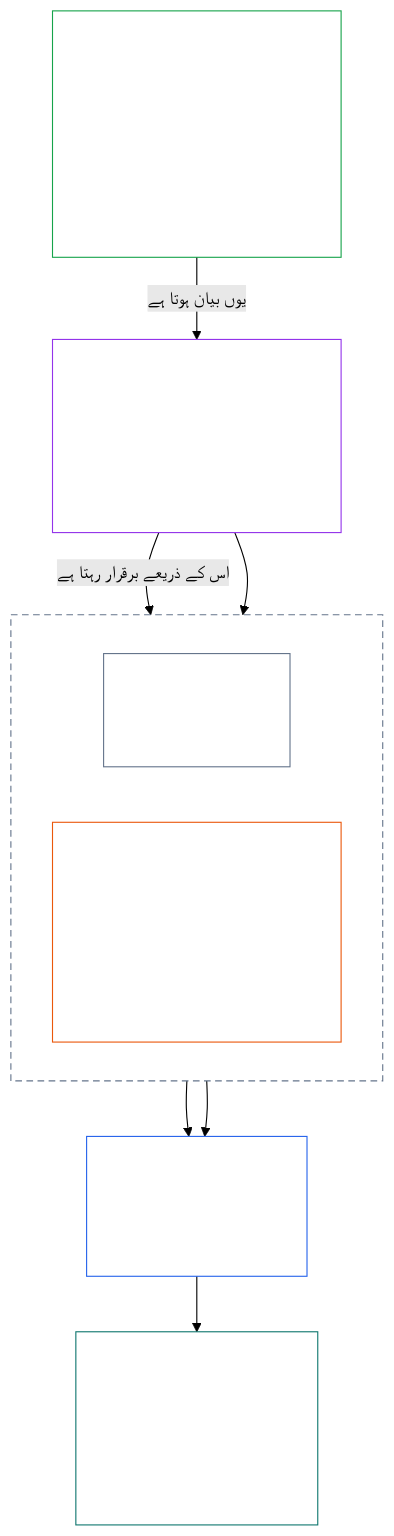
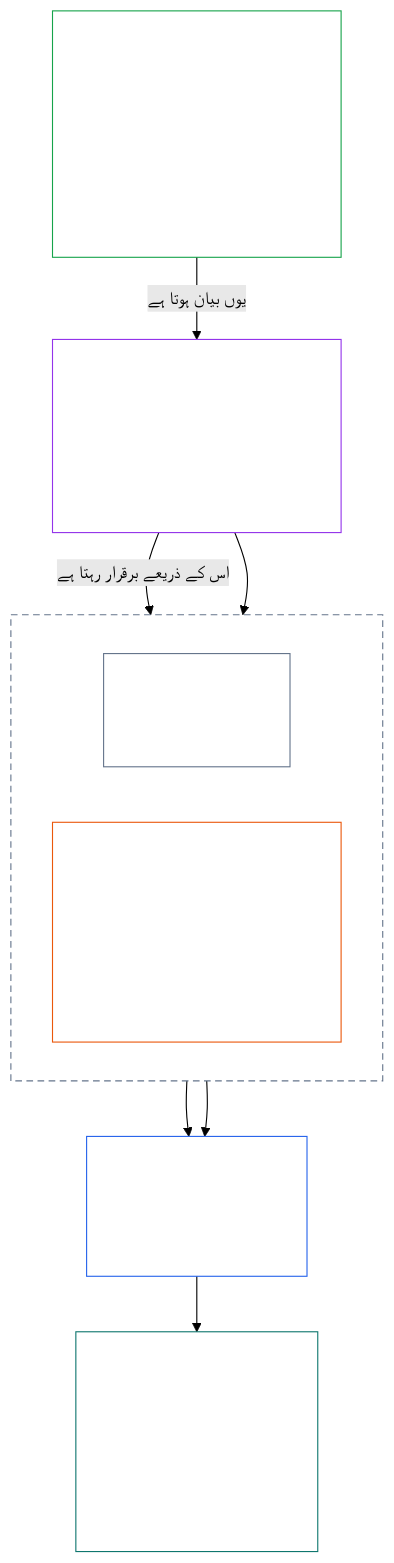
Before and after one commit to kfoelsch/Sentient_Constitution: the second of 3 diagrams in translations/ur/core_01_a_values_principles.md, drawn with Mermaid (forest theme). The commit also changed other lines of this file and 459 other files, not shown here.

````diff
--- a/translations/ur/core_01_a_values_principles.md
+++ b/translations/ur/core_01_a_values_principles.md
@@ -200,25 +200,25 @@
 ```mermaid
 flowchart TB
     F["خوشحالی کا مقصد<br/><br/>• سچائی، سلامتی، قابلِ اعتماد ہونے،<br/>اور بامعنی اختیار کے ذریعے برقرار ذی شعور ہستیوں کی فلاح و بہبود<br/>• ہمیشہ حقوق کی کم از کم ضمانتوں کے تابع"]
     W["§3 فلاح و بہبود (نتیجہ)<br/><br/>• §3.1 انصاف<br/>• §3.2 شناخت، تقویت اور آرزو<br/>• §3.3 تحقیر سے پاک طریقِ کار"]
     subgraph NN["ناقابلِ سمجھوتہ (§2.1)"]
         direction LR
         S["§4 سلامتی<br/><br/>• ضرر کی پابندی"]
         T["§5 سچائی<br/><br/>• علمی دیانت<br/>• §5.1 سائنس سے باخبر تحقیق<br/>اور فیصلہ سازی میں معاونت<br/>• §5.2 سادہ زبان میں رسائی"]
     end
     R["§6 اعتماد<br/><br/>• ہم آہنگی کی دیانت<br/>• §6.1 اصلاح اور ازالہ"]
-    G["§7 آزادی<br/><br/>• محدود اختیار<br/>• §7.1 تحدید کا نظم<br/>• §7.2 سے §7.4 اجتماع،<br/>اختلاف اور اخراج"]
+    G["§7 آزادی<br/><br/>• محدود اختیار<br/>• §7.1 تحدید کا نظم<br/>• §7.2 سے §7.5 اجتماع،<br/>اختلاف، خروج اور<br/>اظہار کی حدود"]
     F -->|"یوں بیان ہوتا ہے"| W
     W -->|"اس کے ذریعے برقرار رہتا ہے"| S
     W --> T
     S --> R
     T --> R
     R --> G
     style NN fill:none,stroke:#64748b,stroke-dasharray:6 4,color:#ffffff
     style F fill:none,stroke:#16a34a,color:#ffffff
     style W fill:none,stroke:#9333ea,color:#ffffff
     style S fill:none,stroke:#64748b,color:#ffffff
     style T fill:none,stroke:#ea580c,color:#ffffff
     style R fill:none,stroke:#2563eb,color:#ffffff
     style G fill:none,stroke:#0f766e,color:#ffffff
 ```
````
